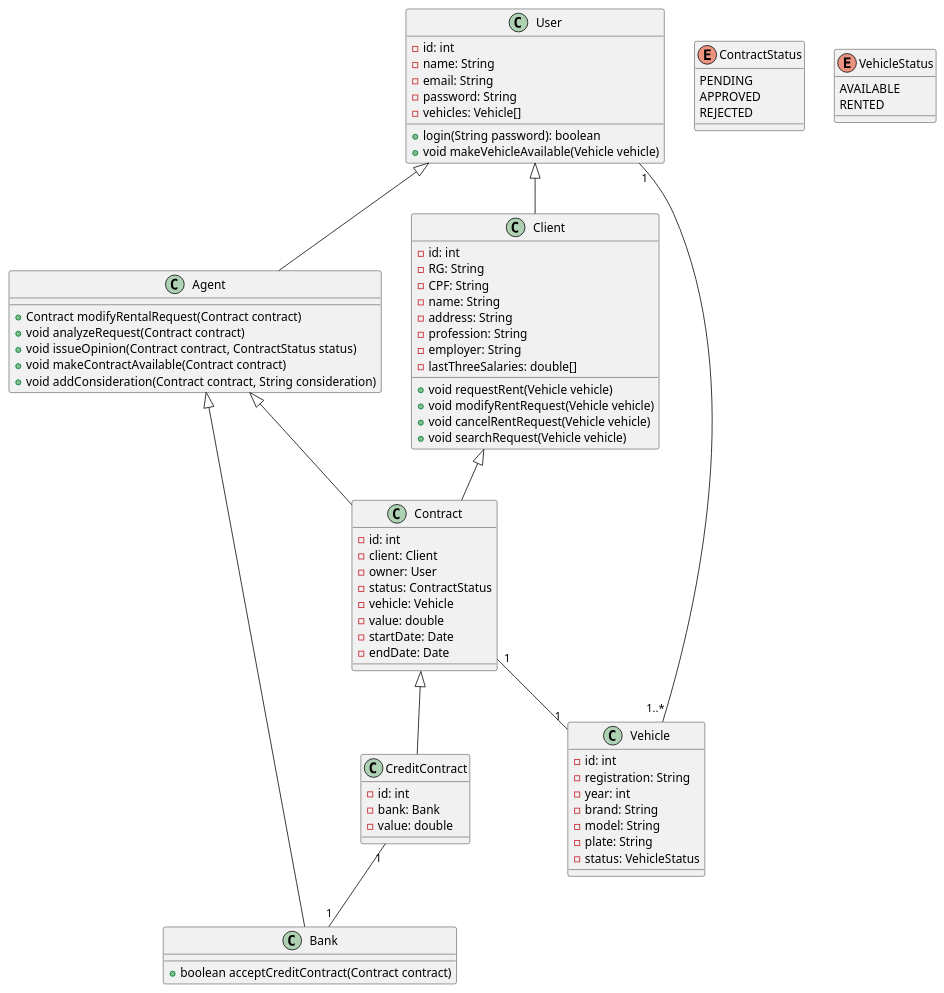
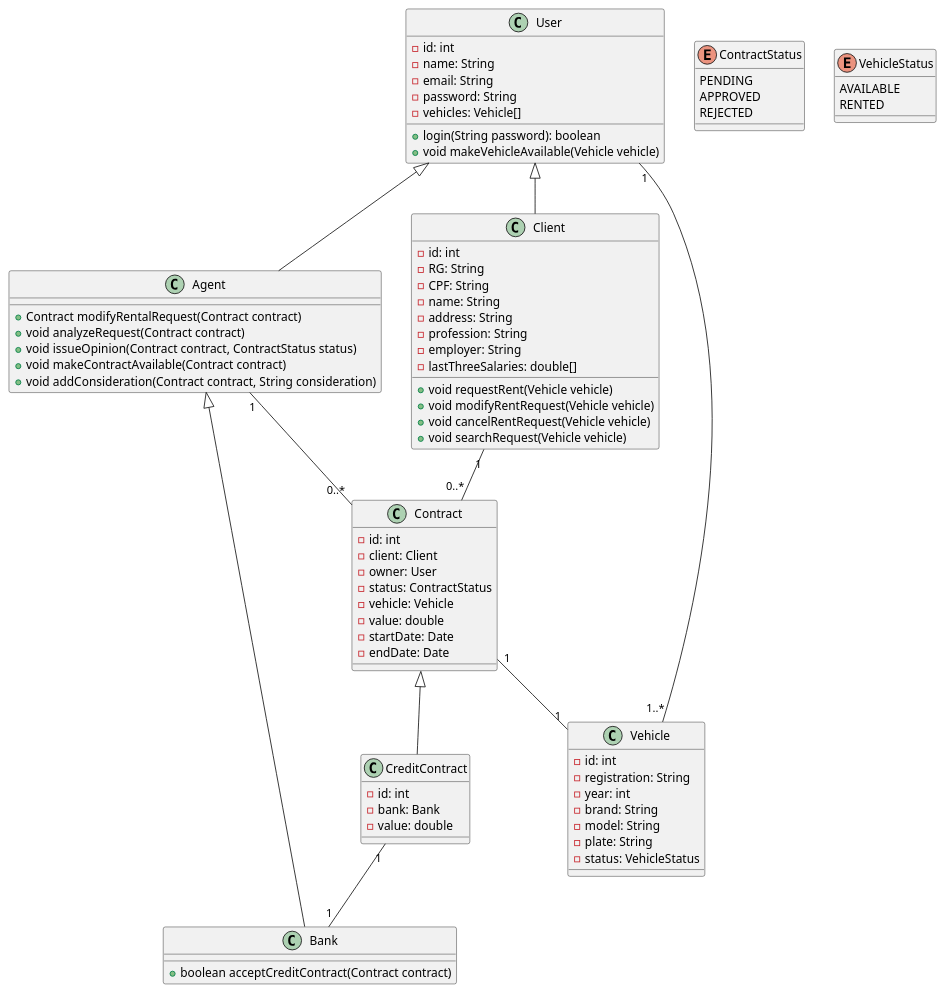
One commit to migueltico2/laboratorio-de-desenvolvimento-de-software changed the diagram in projeto 2/project/classDiagram.plantuml. Above: the diagram before and after it, drawn with PlantUML. The commit also changed 4 other files, not shown here.

```diff
--- a/projeto 2/project/classDiagram.plantuml
+++ b/projeto 2/project/classDiagram.plantuml
@@ -1,88 +1,88 @@
 @startuml
 
 class User {
     -id: int
     -name: String
     -email: String
     -password: String
     -vehicles: Vehicle[]
     +login(String password): boolean
     +void makeVehicleAvailable(Vehicle vehicle)
 }
 
 class Client {
     -id: int
     -RG: String
     -CPF: String
     -name: String
     -address: String
     -profession: String
     -employer: String
     -lastThreeSalaries: double[]
     +void requestRent(Vehicle vehicle)
     +void modifyRentRequest(Vehicle vehicle)
     +void cancelRentRequest(Vehicle vehicle)
     +void searchRequest(Vehicle vehicle)
 }
 
 
 class Agent {
     +Contract modifyRentalRequest(Contract contract)
     +void analyzeRequest(Contract contract)
     +void issueOpinion(Contract contract, ContractStatus status)
     +void makeContractAvailable(Contract contract)
     +void addConsideration(Contract contract, String consideration)
 }
 
 class Bank {
     +boolean acceptCreditContract(Contract contract)
 }
 
 class Contract {
     -id: int
     -client: Client
     -owner: User
     -status: ContractStatus
     -vehicle: Vehicle
     -value: double
     -startDate: Date
     -endDate: Date
 }
 
 class CreditContract {
     -id: int
     -bank: Bank
     -value: double
 }
 
 class Vehicle {
     -id: int
     -registration: String
     -year: int
     -brand: String
     -model: String
     -plate: String
     -status: VehicleStatus
 }
 
 enum ContractStatus {
     PENDING
     APPROVED
     REJECTED
 }
 
 enum VehicleStatus {
     AVAILABLE
     RENTED
 }
 
 User <|-- Agent
 User <|-- Client
 User "1" -- "1..*" Vehicle
 Contract <|-- CreditContract
-Client <|-- Contract
+Client "1" -- "0..*" Contract
 CreditContract "1" -- "1" Bank
 Contract "1" -- "1" Vehicle
 Agent <|-- Bank
-Agent <|-- Contract
+Agent "1" -- "0..*" Contract
 @enduml
```
